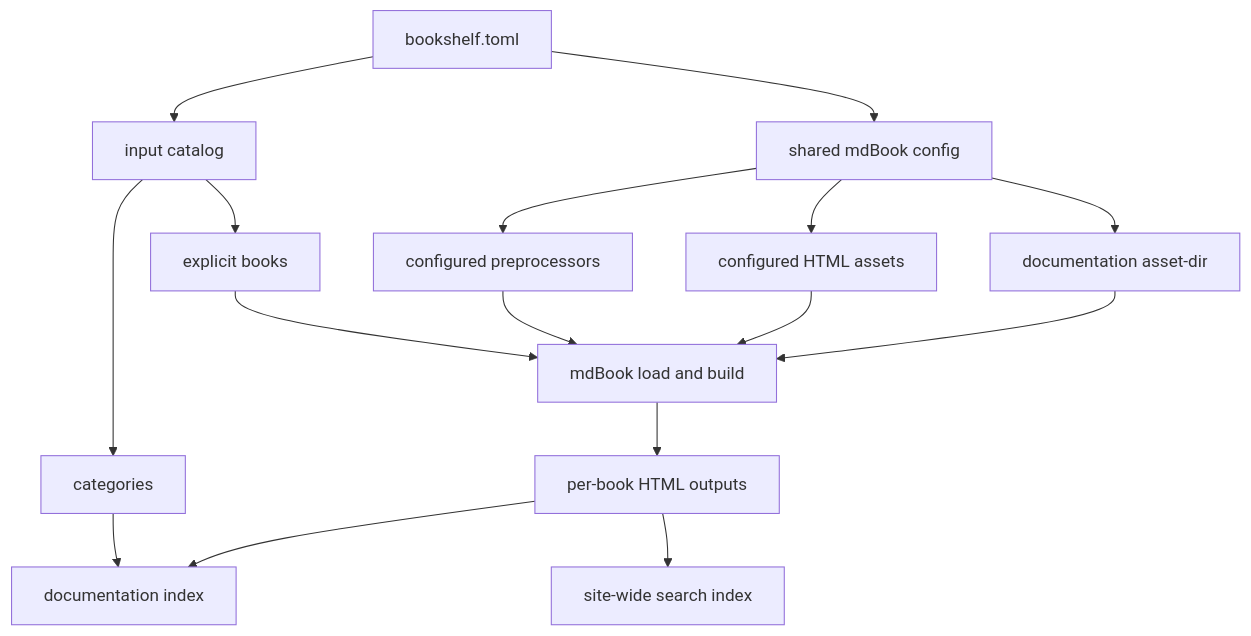
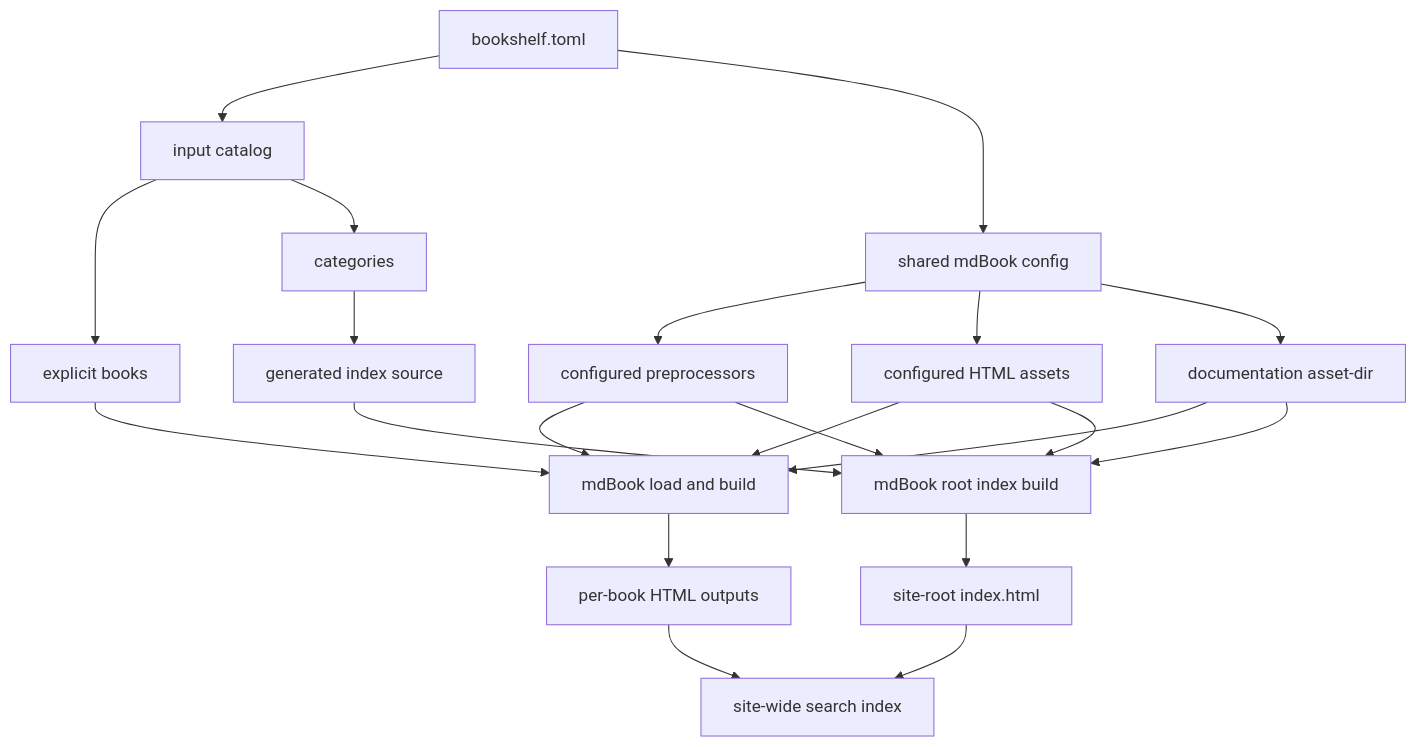
One commit to OptimalCNC/mdBook-bookshelf changed the diagram in docs/contributing.md. Above: the diagram before and after it, drawn with Mermaid. The commit also changed other lines of this file and 17 other files, not shown here.

First line of the commit message:
Generate the documentation index through mdBook

````diff
--- a/docs/contributing.md
+++ b/docs/contributing.md
@@ -32,18 +37,23 @@
 ```mermaid
 flowchart TD
     Config["bookshelf.toml"] --> Catalog["input catalog"]
     Config --> SharedConfig["shared mdBook config"]
     SharedConfig --> Plugins["configured preprocessors"]
     SharedConfig --> Assets["configured HTML assets"]
     SharedConfig --> RuntimeAssets["documentation asset-dir"]
     Catalog --> Books["explicit books"]
     Catalog --> Categories["categories"]
     Books --> MdBook["mdBook load and build"]
     Plugins --> MdBook
     Assets --> MdBook
     RuntimeAssets --> MdBook
+    Categories --> GeneratedIndexSource["generated index source"]
+    GeneratedIndexSource --> IndexMdBook["mdBook root index build"]
+    Plugins --> IndexMdBook
+    Assets --> IndexMdBook
+    RuntimeAssets --> IndexMdBook
+    IndexMdBook --> DocIndex["site-root index.html"]
     MdBook --> BookOutputs["per-book HTML outputs"]
-    Categories --> DocIndex["documentation index"]
-    BookOutputs --> DocIndex
     BookOutputs --> Search["site-wide search index"]
+    DocIndex --> Search
 ```
````
